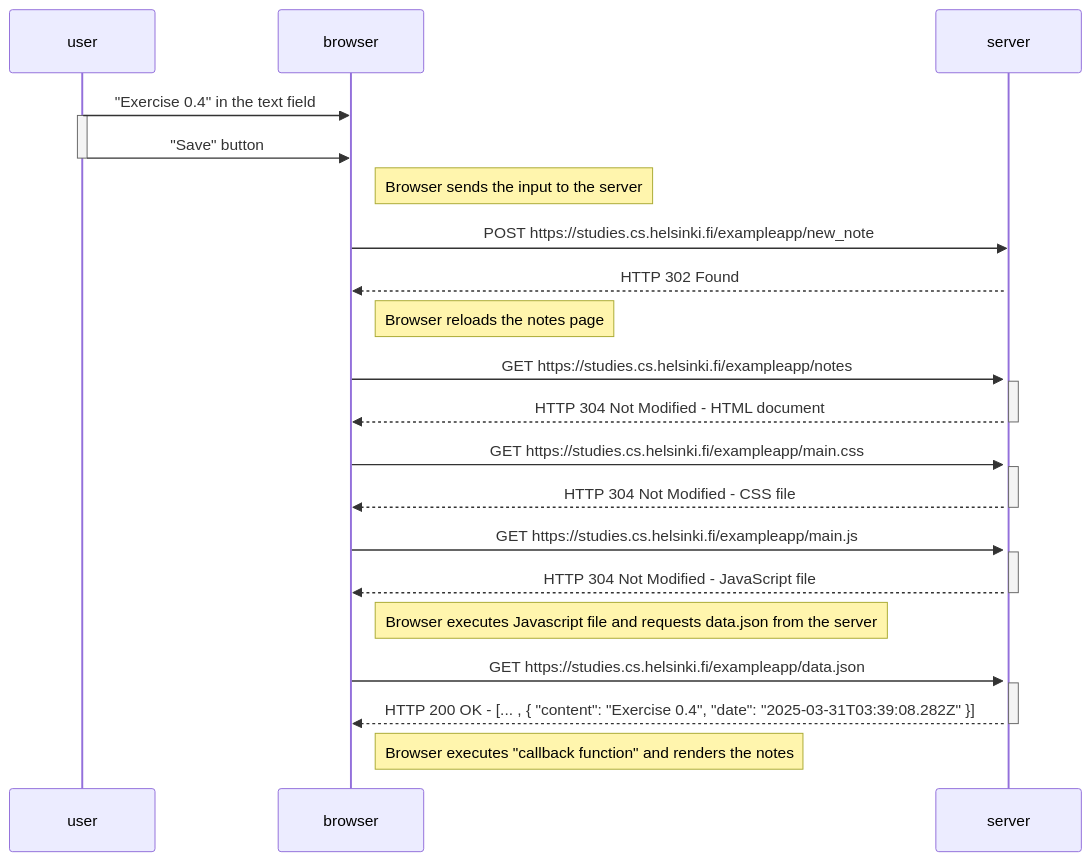
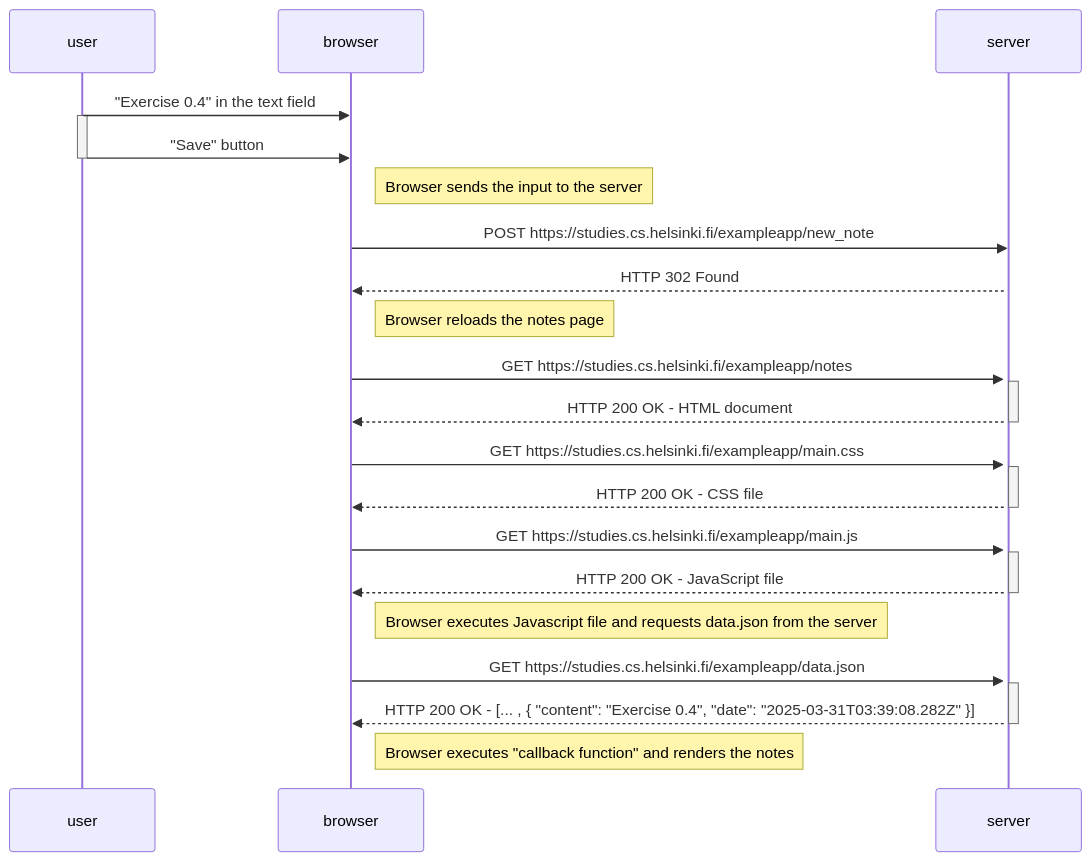
One commit to hpord/fullstackopen changed the diagram in part0/0.4.md. Above: the diagram before and after it, drawn with Mermaid.

````diff
--- a/part0/0.4.md
+++ b/part0/0.4.md
@@ -1,42 +1,42 @@
 ```mermaid
 sequenceDiagram
     participant user
     participant browser
     participant server
 
     user->>browser: "Exercise 0.4"  in the text field
     activate user
     user->>browser: "Save" button
     deactivate user
     Note right of browser: Browser sends the input to the server
 
     browser->>server: POST https://studies.cs.helsinki.fi/exampleapp/new_note 
     activate server
     server-->>browser: HTTP 302 Found
 
     Note right of browser: Browser reloads the notes page
 
     browser->>server: GET https://studies.cs.helsinki.fi/exampleapp/notes
     activate server
-    server-->>browser: HTTP 304 Not Modified - HTML document
+    server-->>browser: HTTP 200 OK - HTML document
     deactivate server
 
     browser->>server: GET https://studies.cs.helsinki.fi/exampleapp/main.css
     activate server
-    server-->>browser: HTTP 304 Not Modified - CSS file
+    server-->>browser: HTTP 200 OK - CSS file
     deactivate server
 
     browser->>server: GET https://studies.cs.helsinki.fi/exampleapp/main.js
     activate server
-    server-->>browser: HTTP 304 Not Modified - JavaScript file
+    server-->>browser: HTTP 200 OK - JavaScript file
     deactivate server
 
     Note right of browser: Browser executes Javascript file and requests data.json from the server
 
     browser->>server: GET https://studies.cs.helsinki.fi/exampleapp/data.json
     activate server
     server-->>browser: HTTP 200 OK - [... , { "content": "Exercise 0.4", "date": "2025-03-31T03:39:08.282Z" }]
     deactivate server
 
     Note right of browser: Browser executes "callback function" and renders the notes
 ```
````
